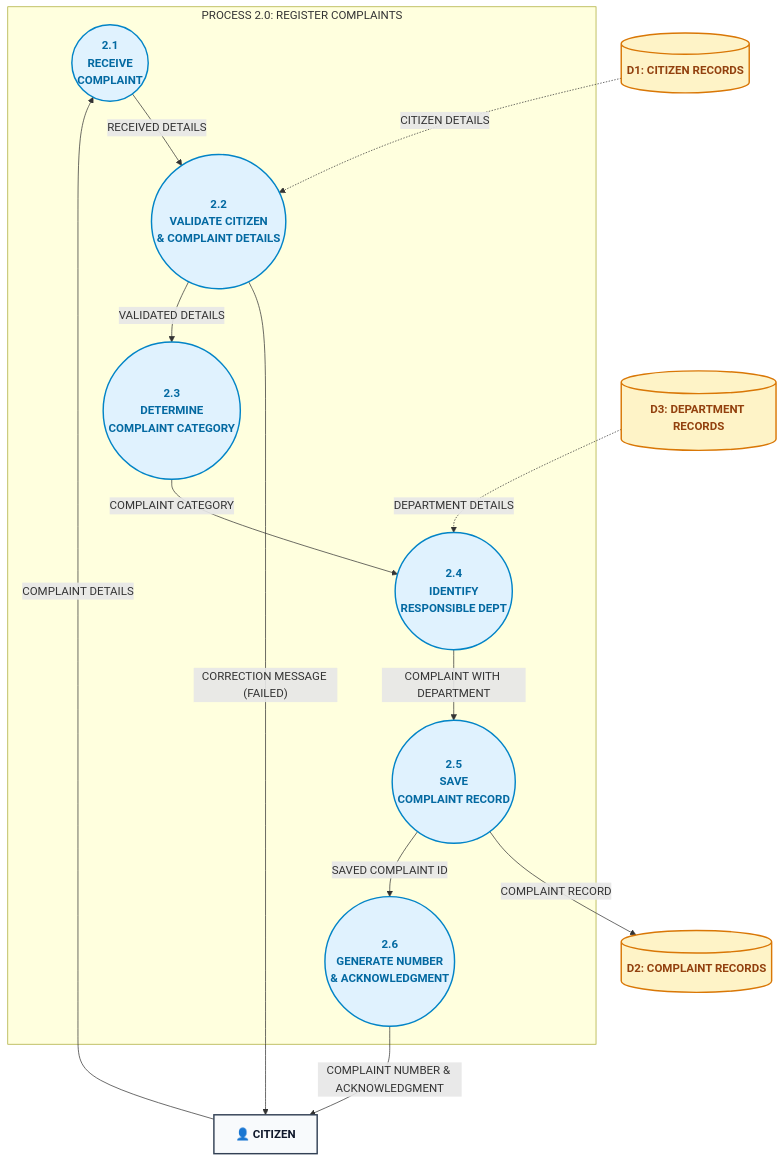
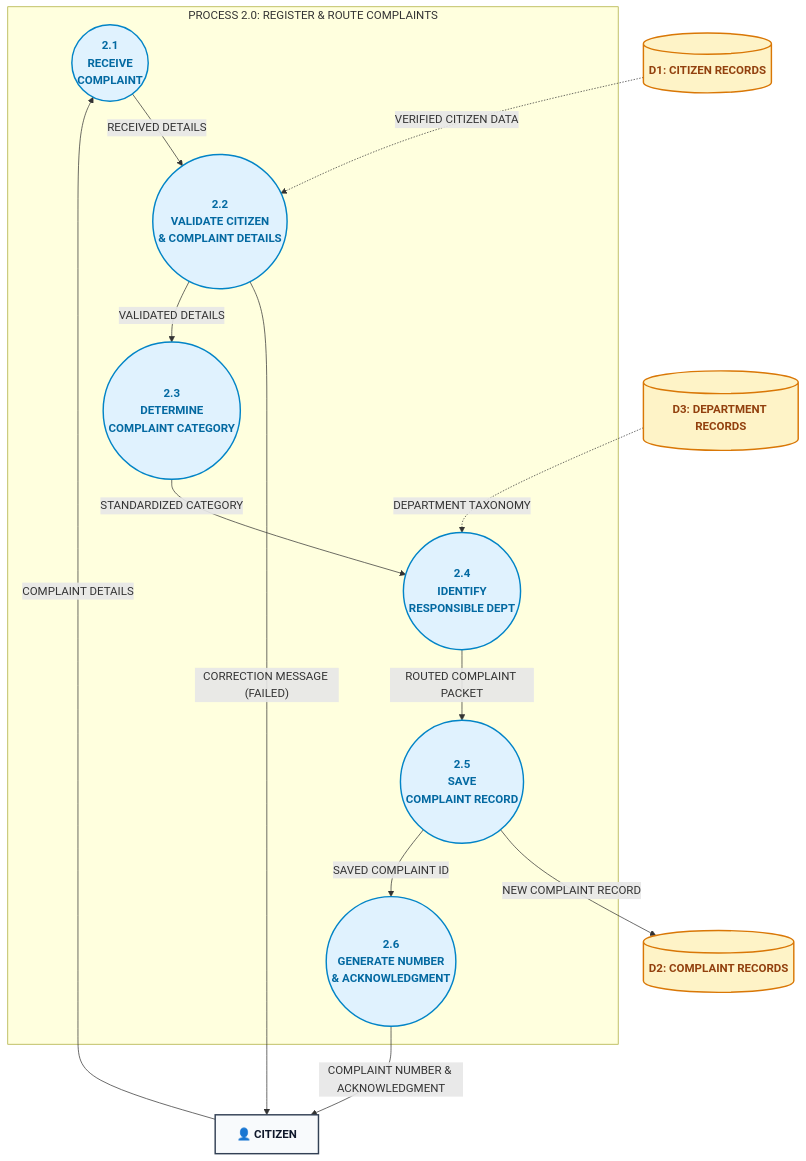
The eighth of 8 diagrams in docs/diagrams/README.md (Arish026/municipal-complaint-system), drawn with Mermaid before and after one commit. The commit also changed other lines of this file and 5 other files, not shown here.

Commit message:
docs(diagrams): align ERD, DFD L0-L2, and Semantic Net with Dr. S. M. Khalid Chapter 4 standards

````diff
--- a/docs/diagrams/README.md
+++ b/docs/diagrams/README.md
@@ -430,37 +516,37 @@
 ```mermaid
 flowchart TD
-    subgraph P2 ["PROCESS 2.0: REGISTER COMPLAINTS"]
+    subgraph P2 ["PROCESS 2.0: REGISTER & ROUTE COMPLAINTS"]
         P2_1(("2.1<br/>RECEIVE<br/>COMPLAINT"))
         P2_2(("2.2<br/>VALIDATE CITIZEN<br/>& COMPLAINT DETAILS"))
         P2_3(("2.3<br/>DETERMINE<br/>COMPLAINT CATEGORY"))
         P2_4(("2.4<br/>IDENTIFY<br/>RESPONSIBLE DEPT"))
         P2_5(("2.5<br/>SAVE<br/>COMPLAINT RECORD"))
         P2_6(("2.6<br/>GENERATE NUMBER<br/>& ACKNOWLEDGMENT"))
     end
 
     CITIZEN["👤 CITIZEN"]
     D1[("D1: CITIZEN RECORDS")]
     D3[("D3: DEPARTMENT RECORDS")]
     D2[("D2: COMPLAINT RECORDS")]
 
     CITIZEN -- "COMPLAINT DETAILS" --> P2_1
     P2_1 -- "RECEIVED DETAILS" --> P2_2
-    D1 -. "CITIZEN DETAILS" .-> P2_2
+    D1 -. "VERIFIED CITIZEN DATA" .-> P2_2
 
     P2_2 -- "CORRECTION MESSAGE (FAILED)" --> CITIZEN
     P2_2 -- "VALIDATED DETAILS" --> P2_3
-    P2_3 -- "COMPLAINT CATEGORY" --> P2_4
-    D3 -. "DEPARTMENT DETAILS" .-> P2_4
-    P2_4 -- "COMPLAINT WITH DEPARTMENT" --> P2_5
-    P2_5 -- "COMPLAINT RECORD" --> D2
+    P2_3 -- "STANDARDIZED CATEGORY" --> P2_4
+    D3 -. "DEPARTMENT TAXONOMY" .-> P2_4
+    P2_4 -- "ROUTED COMPLAINT PACKET" --> P2_5
+    P2_5 -- "NEW COMPLAINT RECORD" --> D2
     P2_5 -- "SAVED COMPLAINT ID" --> P2_6
     P2_6 -- "COMPLAINT NUMBER & ACKNOWLEDGMENT" --> CITIZEN
 
     classDef entity fill:#f8fafc,stroke:#334155,stroke-width:2px,color:#0f172a,font-weight:bold;
     classDef process fill:#e0f2fe,stroke:#0284c7,stroke-width:2px,color:#0369a1,font-weight:bold;
     classDef store fill:#fef3c7,stroke:#d97706,stroke-width:2px,color:#92400e,font-weight:bold;
 
     class CITIZEN entity;
     class P2_1,P2_2,P2_3,P2_4,P2_5,P2_6 process;
     class D1,D2,D3 store;
 ```
````
